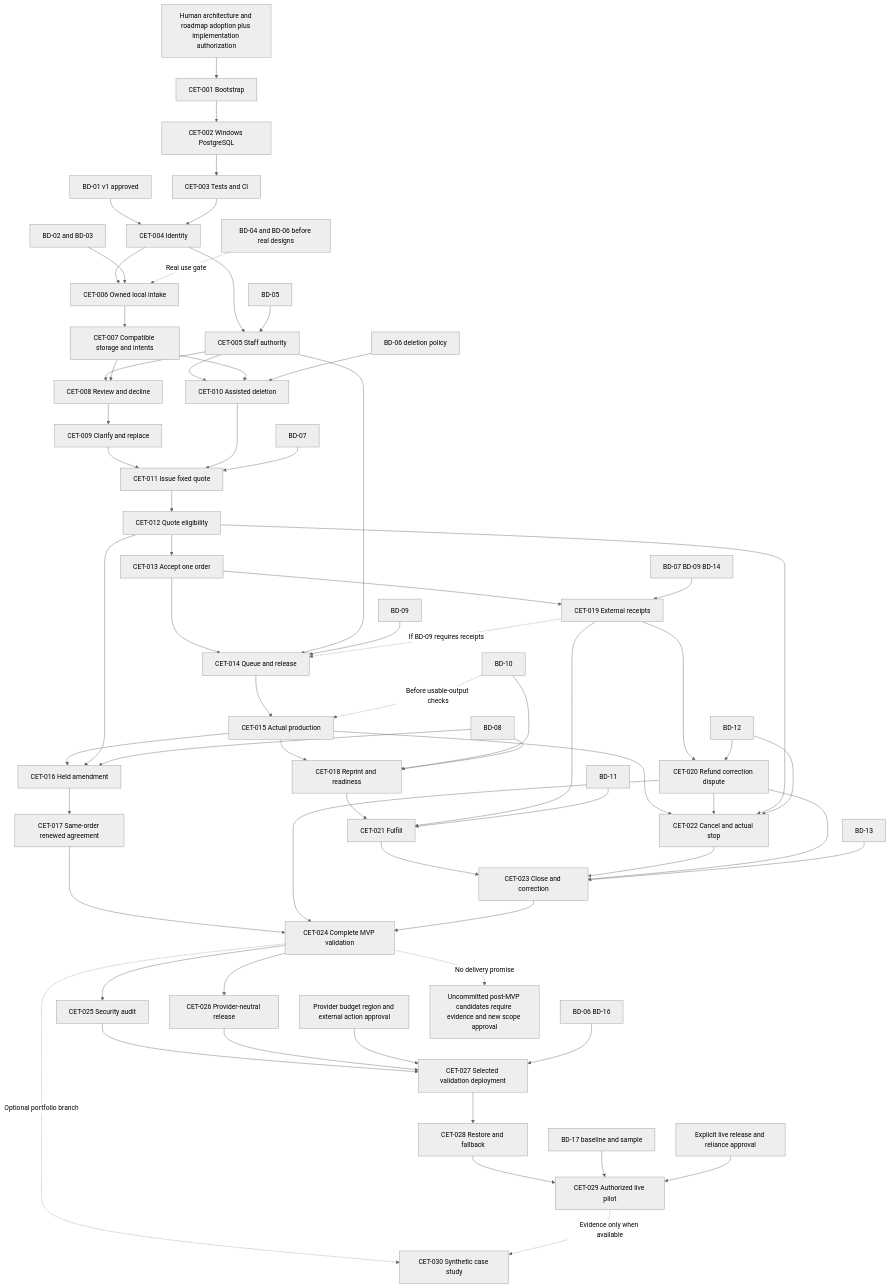
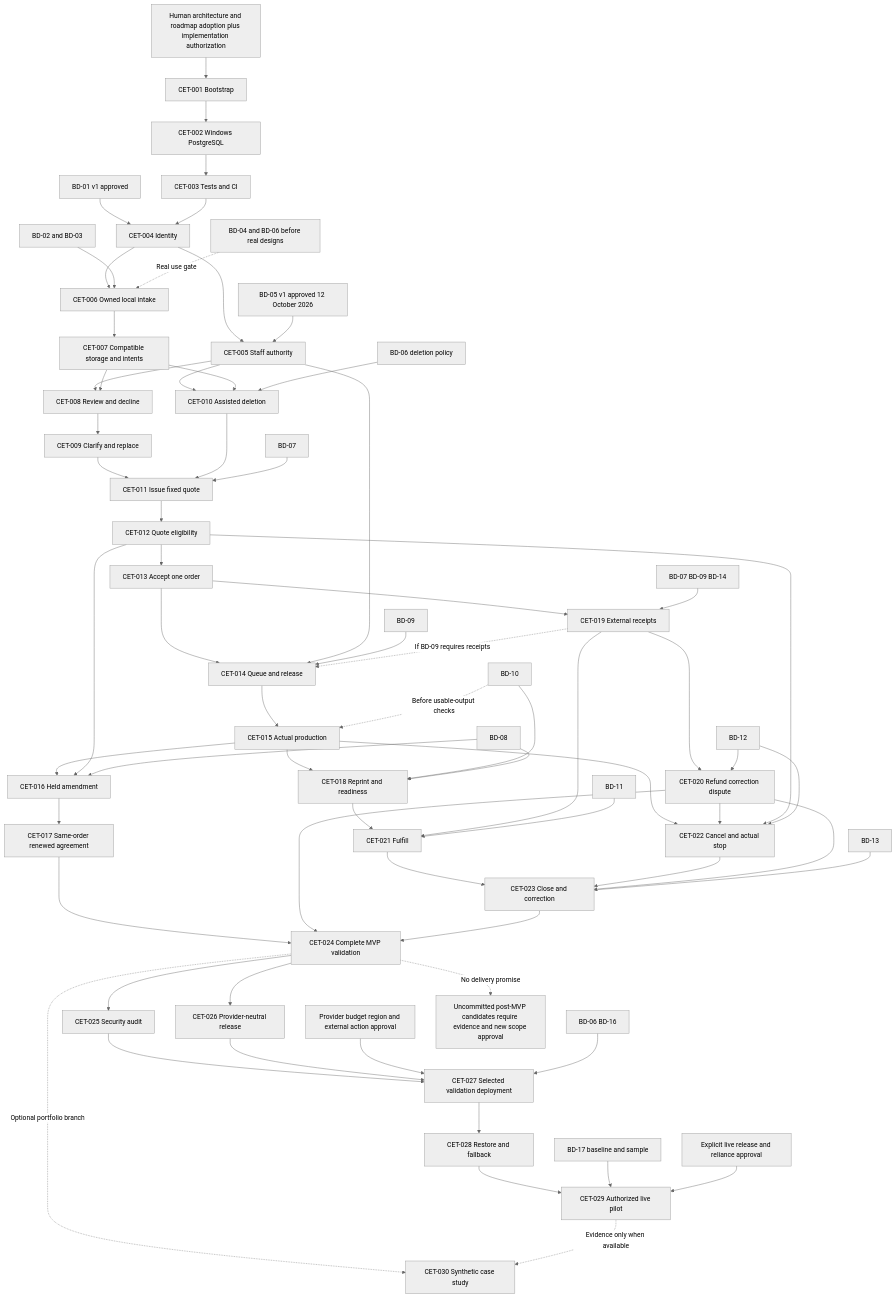
Before and after one commit to NaufalElyzar11/Cetakin-Cloud: the diagram in docs/ROADMAP.md, drawn with Mermaid (neutral theme). The commit also changed other lines of this file and 4 other files, not shown here.

````diff
--- a/docs/ROADMAP.md
+++ b/docs/ROADMAP.md
@@ -478,70 +480,70 @@
 ```mermaid
 flowchart TD
   G0[Human architecture and roadmap adoption plus implementation authorization] --> C001[CET-001 Bootstrap]
   C001 --> C002[CET-002 Windows PostgreSQL]
   C002 --> C003[CET-003 Tests and CI]
   B1[BD-01 v1 approved] --> C004[CET-004 Identity]
   C003 --> C004
   C004 --> C005[CET-005 Staff authority]
-  B5[BD-05] --> C005
+  B5[BD-05 v1 approved 12 October 2026] --> C005
   C004 --> C006[CET-006 Owned local intake]
   B23[BD-02 and BD-03] --> C006
   C006 --> C007[CET-007 Compatible storage and intents]
   B46[BD-04 and BD-06 before real designs] -. Real use gate .-> C006
   C005 --> C008[CET-008 Review and decline]
   C007 --> C008
   C008 --> C009[CET-009 Clarify and replace]
   C005 --> C010[CET-010 Assisted deletion]
   C007 --> C010
   B6[BD-06 deletion policy] --> C010
   C009 --> C011[CET-011 Issue fixed quote]
   C010 --> C011
   B7[BD-07] --> C011
   C011 --> C012[CET-012 Quote eligibility]
   C012 --> C013[CET-013 Accept one order]
   C013 --> C014[CET-014 Queue and release]
   C005 --> C014
   B9[BD-09] --> C014
   C014 --> C015[CET-015 Actual production]
   C013 --> C019[CET-019 External receipts]
   B714[BD-07 BD-09 BD-14] --> C019
   C019 -. If BD-09 requires receipts .-> C014
   C019 --> C020[CET-020 Refund correction dispute]
   B12[BD-12] --> C020
   C015 --> C016[CET-016 Held amendment]
   C012 --> C016
   B8[BD-08] --> C016
   C016 --> C017[CET-017 Same-order renewed agreement]
   C015 --> C018[CET-018 Reprint and readiness]
   B10[BD-10] --> C018
   B8 --> C018
   B10 -. Before usable-output checks .-> C015
   C018 --> C021[CET-021 Fulfill]
   C019 --> C021
   B11[BD-11] --> C021
   C015 --> C022[CET-022 Cancel and actual stop]
   C020 --> C022
   C012 --> C022
   B12 --> C022
   C021 --> C023[CET-023 Close and correction]
   C022 --> C023
   C020 --> C023
   B13[BD-13] --> C023
   C017 --> C024[CET-024 Complete MVP validation]
   C020 --> C024
   C023 --> C024
   C024 --> C025[CET-025 Security audit]
   C024 --> C026[CET-026 Provider-neutral release]
   C024 -. Optional portfolio branch .-> C030[CET-030 Synthetic case study]
   C025 --> C027[CET-027 Selected validation deployment]
   C026 --> C027
   Provider[Provider budget region and external action approval] --> C027
   B616[BD-06 BD-16] --> C027
   C027 --> C028[CET-028 Restore and fallback]
   C028 --> C029[CET-029 Authorized live pilot]
   B17[BD-17 baseline and sample] --> C029
   Live[Explicit live release and reliance approval] --> C029
   C029 -. Evidence only when available .-> C030
   Future[Uncommitted post-MVP candidates require evidence and new scope approval]
   C024 -. No delivery promise .-> Future
 ```
````
